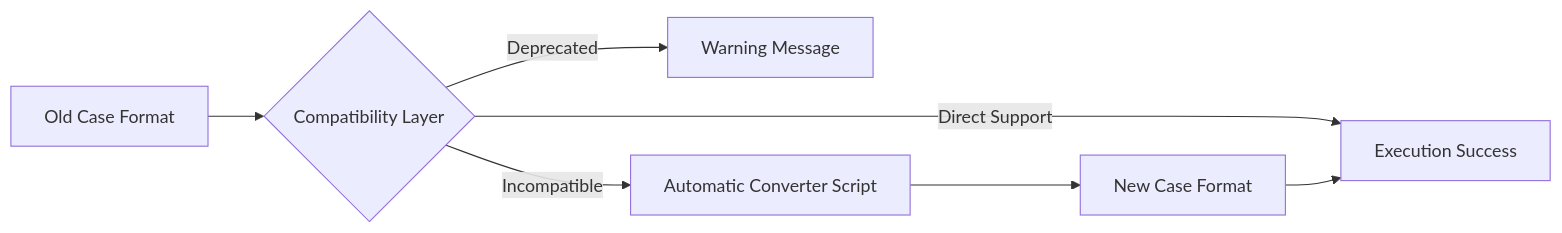
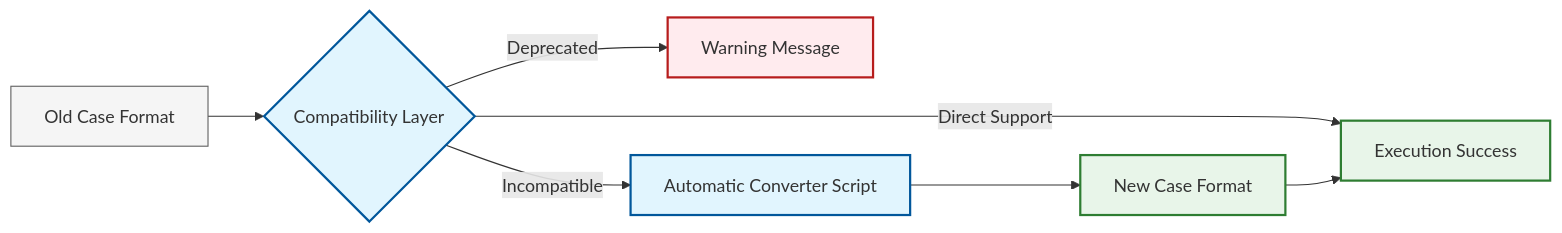
The second of 2 diagrams in MODULE_08_TESTING_VALIDATION/CONTENT/04_QA_AUTOMATION_PROFILING/02_Regression_Testing.md (wramet/build-my-cfd), drawn with Mermaid before and after one commit. The commit also changed other lines of this file and 313 other files, not shown here.

Commit message:
Revise all diagram

````diff
--- a/MODULE_08_TESTING_VALIDATION/CONTENT/04_QA_AUTOMATION_PROFILING/02_Regression_Testing.md
+++ b/MODULE_08_TESTING_VALIDATION/CONTENT/04_QA_AUTOMATION_PROFILING/02_Regression_Testing.md
@@ -439,9 +443,13 @@
 ```mermaid
-graph LR
-    A[Old Case Format] --> B{Compatibility Layer}
-    B -- Direct Support --> C[Execution Success]
-    B -- Deprecated --> D[Warning Message]
-    B -- Incompatible --> E[Automatic Converter Script]
-    E --> F[New Case Format]
-    F --> C
+flowchart LR
+classDef implicit fill:#e1f5fe,stroke:#01579b,stroke-width:2px
+classDef explicit fill:#ffebee,stroke:#b71c1c,stroke-width:2px
+classDef success fill:#e8f5e9,stroke:#2e7d32,stroke-width:2px
+classDef context fill:#f5f5f5,stroke:#616161,stroke-width:1px
+A[Old Case Format]:::context --> B{Compatibility Layer}:::implicit
+B -- Direct Support --> C[Execution Success]:::success
+B -- Deprecated --> D[Warning Message]:::explicit
+B -- Incompatible --> E[Automatic Converter Script]:::implicit
+E --> F[New Case Format]:::success
+F --> C
 ```
````
